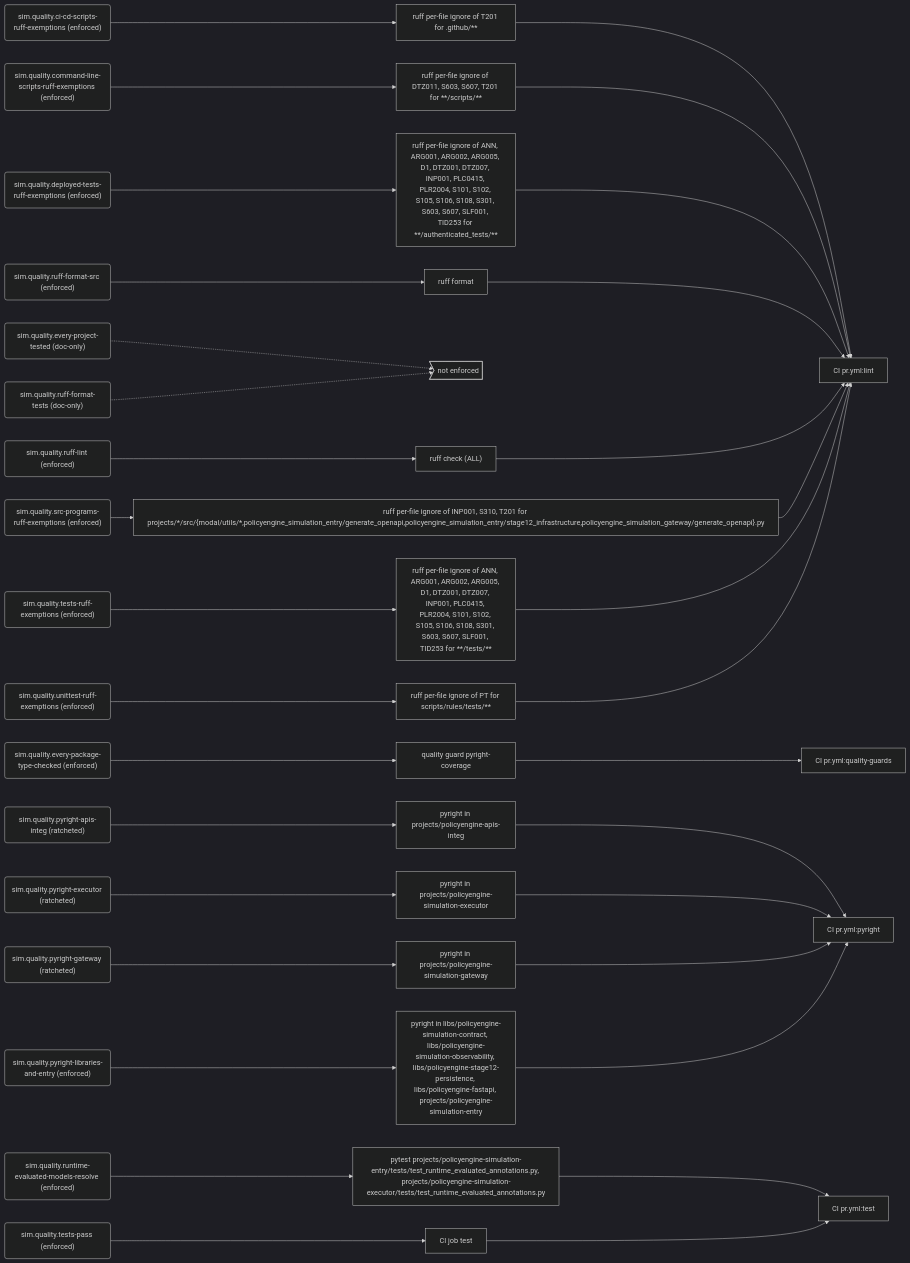
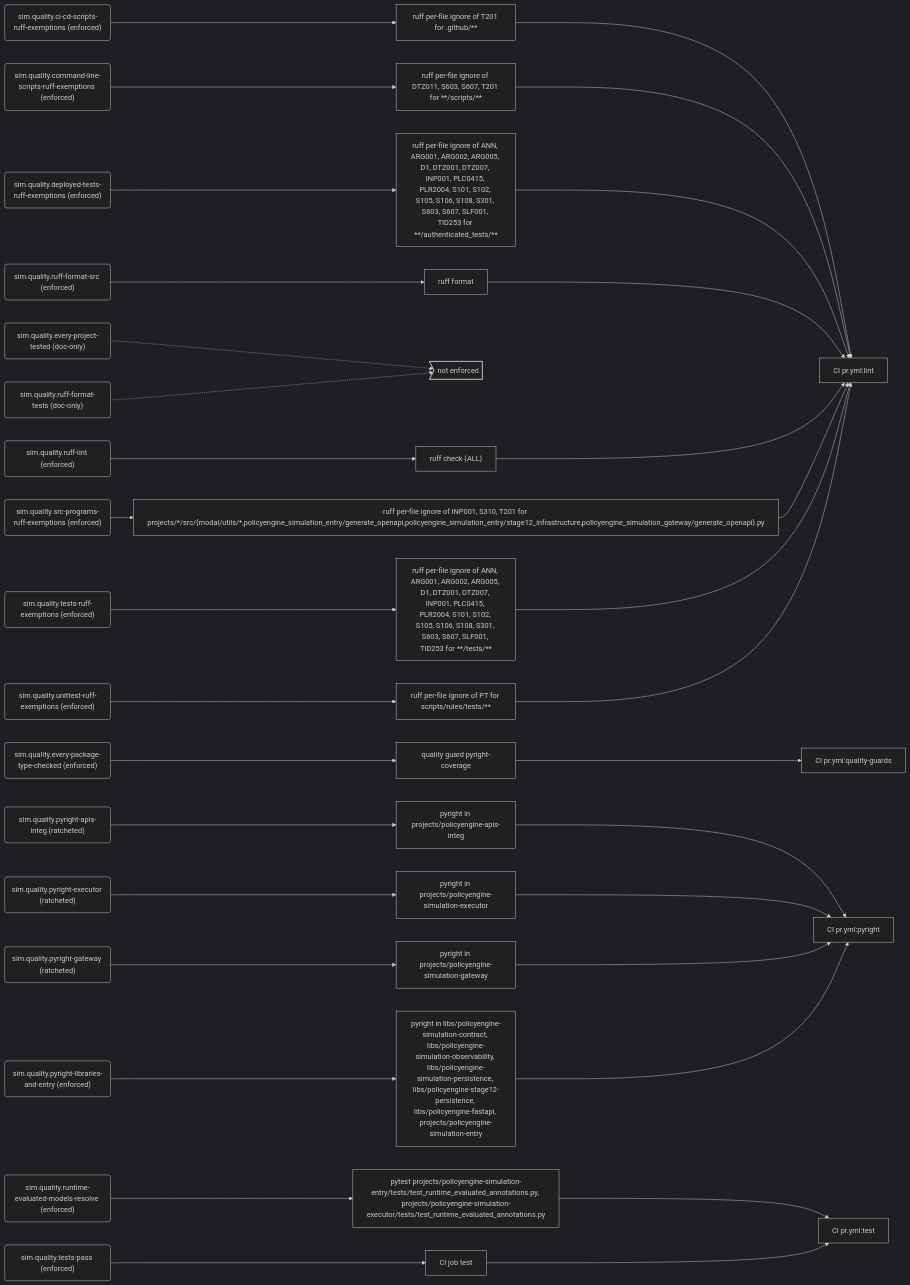
Before and after one commit to PolicyEngine/policyengine-sim-api: the seventh of 10 diagrams in docs/generated/rules.md, drawn with Mermaid (dark theme). The commit also changed other lines of this file and 12 other files, not shown here.

First line of the commit message:
Add the simulation persistence library with its schema names and engine

````diff
--- a/docs/generated/rules.md
+++ b/docs/generated/rules.md
@@ -307,72 +307,72 @@
 ```mermaid
 flowchart LR
   r_sim_quality_ci_cd_scripts_ruff_exemptions("sim.quality.ci-cd-scripts-ruff-exemptions (enforced)")
   e_ruff_per_file_ignore_of_T201_for__github___["ruff per-file ignore of T201 for .github/**"]
   j_CI_pr_yml_lint["CI pr.yml:lint"]
   r_sim_quality_command_line_scripts_ruff_exemptions("sim.quality.command-line-scripts-ruff-exemptions (enforced)")
   e_ruff_per_file_ignore_of_DTZ011__S603__S607__T201_for____scripts___["ruff per-file ignore of DTZ011, S603, S607, T201 for **/scripts/**"]
   r_sim_quality_deployed_tests_ruff_exemptions("sim.quality.deployed-tests-ruff-exemptions (enforced)")
   e_ruff_per_file_ignore_of_ANN__ARG001__ARG002__ARG005__D1__DTZ001__DTZ007__INP001__PLC0415__PLR2004__S101__S102__S105__S106__S108__S301__S603__S607__SLF001__TID253_for____authenticated_tests___["ruff per-file ignore of ANN, ARG001, ARG002, ARG005, D1, DTZ001, DTZ007, INP001, PLC0415, PLR2004, S101, S102, S105, S106, S108, S301, S603, S607, SLF001, TID253 for **/authenticated_tests/**"]
   r_sim_quality_every_package_type_checked("sim.quality.every-package-type-checked (enforced)")
   e_quality_guard_pyright_coverage["quality guard pyright-coverage"]
   j_CI_pr_yml_quality_guards["CI pr.yml:quality-guards"]
   r_sim_quality_every_project_tested("sim.quality.every-project-tested (doc-only)")
   gap_unenforced>"not enforced"]
   r_sim_quality_pyright_apis_integ("sim.quality.pyright-apis-integ (ratcheted)")
   e_pyright_in_projects_policyengine_apis_integ["pyright in projects/policyengine-apis-integ"]
   j_CI_pr_yml_pyright["CI pr.yml:pyright"]
   r_sim_quality_pyright_executor("sim.quality.pyright-executor (ratcheted)")
   e_pyright_in_projects_policyengine_simulation_executor["pyright in projects/policyengine-simulation-executor"]
   r_sim_quality_pyright_gateway("sim.quality.pyright-gateway (ratcheted)")
   e_pyright_in_projects_policyengine_simulation_gateway["pyright in projects/policyengine-simulation-gateway"]
   r_sim_quality_pyright_libraries_and_entry("sim.quality.pyright-libraries-and-entry (enforced)")
-  e_pyright_in_libs_policyengine_simulation_contract__libs_policyengine_simulation_observability__libs_policyengine_stage12_persistence__libs_policyengine_fastapi__projects_policyengine_simulation_entry["pyright in libs/policyengine-simulation-contract, libs/policyengine-simulation-observability, libs/policyengine-stage12-persistence, libs/policyengine-fastapi, projects/policyengine-simulation-entry"]
+  e_pyright_in_libs_policyengine_simulation_contract__libs_policyengine_simulation_observability__libs_policyengine_simulation_persistence__libs_policyengine_stage12_persistence__libs_policyengine_fastapi__projects_policyengine_simulation_entry["pyright in libs/policyengine-simulation-contract, libs/policyengine-simulation-observability, libs/policyengine-simulation-persistence, libs/policyengine-stage12-persistence, libs/policyengine-fastapi, projects/policyengine-simulation-entry"]
   r_sim_quality_ruff_format_src("sim.quality.ruff-format-src (enforced)")
   e_ruff_format["ruff format"]
   r_sim_quality_ruff_format_tests("sim.quality.ruff-format-tests (doc-only)")
   r_sim_quality_ruff_lint("sim.quality.ruff-lint (enforced)")
   e_ruff_check__ALL_["ruff check (ALL)"]
   r_sim_quality_runtime_evaluated_models_resolve("sim.quality.runtime-evaluated-models-resolve (enforced)")
   e_pytest_projects_policyengine_simulation_entry_tests_test_runtime_evaluated_annotations_py__projects_policyengine_simulation_executor_tests_test_runtime_evaluated_annotations_py["pytest projects/policyengine-simulation-entry/tests/test_runtime_evaluated_annotations.py, projects/policyengine-simulation-executor/tests/test_runtime_evaluated_annotations.py"]
   j_CI_pr_yml_test["CI pr.yml:test"]
   r_sim_quality_src_programs_ruff_exemptions("sim.quality.src-programs-ruff-exemptions (enforced)")
   e_ruff_per_file_ignore_of_INP001__S310__T201_for_projects___src__modal_utils___policyengine_simulation_entry_generate_openapi_policyengine_simulation_entry_stage12_infrastructure_policyengine_simulation_gateway_generate_openapi__py["ruff per-file ignore of INP001, S310, T201 for projects/*/src/{modal/utils/*,policyengine_simulation_entry/generate_openapi,policyengine_simulation_entry/stage12_infrastructure,policyengine_simulation_gateway/generate_openapi}.py"]
   r_sim_quality_tests_pass("sim.quality.tests-pass (enforced)")
   e_CI_job_test["CI job test"]
   r_sim_quality_tests_ruff_exemptions("sim.quality.tests-ruff-exemptions (enforced)")
   e_ruff_per_file_ignore_of_ANN__ARG001__ARG002__ARG005__D1__DTZ001__DTZ007__INP001__PLC0415__PLR2004__S101__S102__S105__S106__S108__S301__S603__S607__SLF001__TID253_for____tests___["ruff per-file ignore of ANN, ARG001, ARG002, ARG005, D1, DTZ001, DTZ007, INP001, PLC0415, PLR2004, S101, S102, S105, S106, S108, S301, S603, S607, SLF001, TID253 for **/tests/**"]
   r_sim_quality_unittest_ruff_exemptions("sim.quality.unittest-ruff-exemptions (enforced)")
   e_ruff_per_file_ignore_of_PT_for_scripts_rules_tests___["ruff per-file ignore of PT for scripts/rules/tests/**"]
   r_sim_quality_ci_cd_scripts_ruff_exemptions --> e_ruff_per_file_ignore_of_T201_for__github___
   e_ruff_per_file_ignore_of_T201_for__github___ --> j_CI_pr_yml_lint
   r_sim_quality_command_line_scripts_ruff_exemptions --> e_ruff_per_file_ignore_of_DTZ011__S603__S607__T201_for____scripts___
   e_ruff_per_file_ignore_of_DTZ011__S603__S607__T201_for____scripts___ --> j_CI_pr_yml_lint
   r_sim_quality_deployed_tests_ruff_exemptions --> e_ruff_per_file_ignore_of_ANN__ARG001__ARG002__ARG005__D1__DTZ001__DTZ007__INP001__PLC0415__PLR2004__S101__S102__S105__S106__S108__S301__S603__S607__SLF001__TID253_for____authenticated_tests___
   e_ruff_per_file_ignore_of_ANN__ARG001__ARG002__ARG005__D1__DTZ001__DTZ007__INP001__PLC0415__PLR2004__S101__S102__S105__S106__S108__S301__S603__S607__SLF001__TID253_for____authenticated_tests___ --> j_CI_pr_yml_lint
   r_sim_quality_every_package_type_checked --> e_quality_guard_pyright_coverage
   e_quality_guard_pyright_coverage --> j_CI_pr_yml_quality_guards
   r_sim_quality_every_project_tested -.-> gap_unenforced
   r_sim_quality_pyright_apis_integ --> e_pyright_in_projects_policyengine_apis_integ
   e_pyright_in_projects_policyengine_apis_integ --> j_CI_pr_yml_pyright
   r_sim_quality_pyright_executor --> e_pyright_in_projects_policyengine_simulation_executor
   e_pyright_in_projects_policyengine_simulation_executor --> j_CI_pr_yml_pyright
   r_sim_quality_pyright_gateway --> e_pyright_in_projects_policyengine_simulation_gateway
   e_pyright_in_projects_policyengine_simulation_gateway --> j_CI_pr_yml_pyright
-  r_sim_quality_pyright_libraries_and_entry --> e_pyright_in_libs_policyengine_simulation_contract__libs_policyengine_simulation_observability__libs_policyengine_stage12_persistence__libs_policyengine_fastapi__projects_policyengine_simulation_entry
-  e_pyright_in_libs_policyengine_simulation_contract__libs_policyengine_simulation_observability__libs_policyengine_stage12_persistence__libs_policyengine_fastapi__projects_policyengine_simulation_entry --> j_CI_pr_yml_pyright
+  r_sim_quality_pyright_libraries_and_entry --> e_pyright_in_libs_policyengine_simulation_contract__libs_policyengine_simulation_observability__libs_policyengine_simulation_persistence__libs_policyengine_stage12_persistence__libs_policyengine_fastapi__projects_policyengine_simulation_entry
+  e_pyright_in_libs_policyengine_simulation_contract__libs_policyengine_simulation_observability__libs_policyengine_simulation_persistence__libs_policyengine_stage12_persistence__libs_policyengine_fastapi__projects_policyengine_simulation_entry --> j_CI_pr_yml_pyright
   r_sim_quality_ruff_format_src --> e_ruff_format
   e_ruff_format --> j_CI_pr_yml_lint
   r_sim_quality_ruff_format_tests -.-> gap_unenforced
   r_sim_quality_ruff_lint --> e_ruff_check__ALL_
   e_ruff_check__ALL_ --> j_CI_pr_yml_lint
   r_sim_quality_runtime_evaluated_models_resolve --> e_pytest_projects_policyengine_simulation_entry_tests_test_runtime_evaluated_annotations_py__projects_policyengine_simulation_executor_tests_test_runtime_evaluated_annotations_py
   e_pytest_projects_policyengine_simulation_entry_tests_test_runtime_evaluated_annotations_py__projects_policyengine_simulation_executor_tests_test_runtime_evaluated_annotations_py --> j_CI_pr_yml_test
   r_sim_quality_src_programs_ruff_exemptions --> e_ruff_per_file_ignore_of_INP001__S310__T201_for_projects___src__modal_utils___policyengine_simulation_entry_generate_openapi_policyengine_simulation_entry_stage12_infrastructure_policyengine_simulation_gateway_generate_openapi__py
   e_ruff_per_file_ignore_of_INP001__S310__T201_for_projects___src__modal_utils___policyengine_simulation_entry_generate_openapi_policyengine_simulation_entry_stage12_infrastructure_policyengine_simulation_gateway_generate_openapi__py --> j_CI_pr_yml_lint
   r_sim_quality_tests_pass --> e_CI_job_test
   e_CI_job_test --> j_CI_pr_yml_test
   r_sim_quality_tests_ruff_exemptions --> e_ruff_per_file_ignore_of_ANN__ARG001__ARG002__ARG005__D1__DTZ001__DTZ007__INP001__PLC0415__PLR2004__S101__S102__S105__S106__S108__S301__S603__S607__SLF001__TID253_for____tests___
   e_ruff_per_file_ignore_of_ANN__ARG001__ARG002__ARG005__D1__DTZ001__DTZ007__INP001__PLC0415__PLR2004__S101__S102__S105__S106__S108__S301__S603__S607__SLF001__TID253_for____tests___ --> j_CI_pr_yml_lint
   r_sim_quality_unittest_ruff_exemptions --> e_ruff_per_file_ignore_of_PT_for_scripts_rules_tests___
   e_ruff_per_file_ignore_of_PT_for_scripts_rules_tests___ --> j_CI_pr_yml_lint
 ```
````
